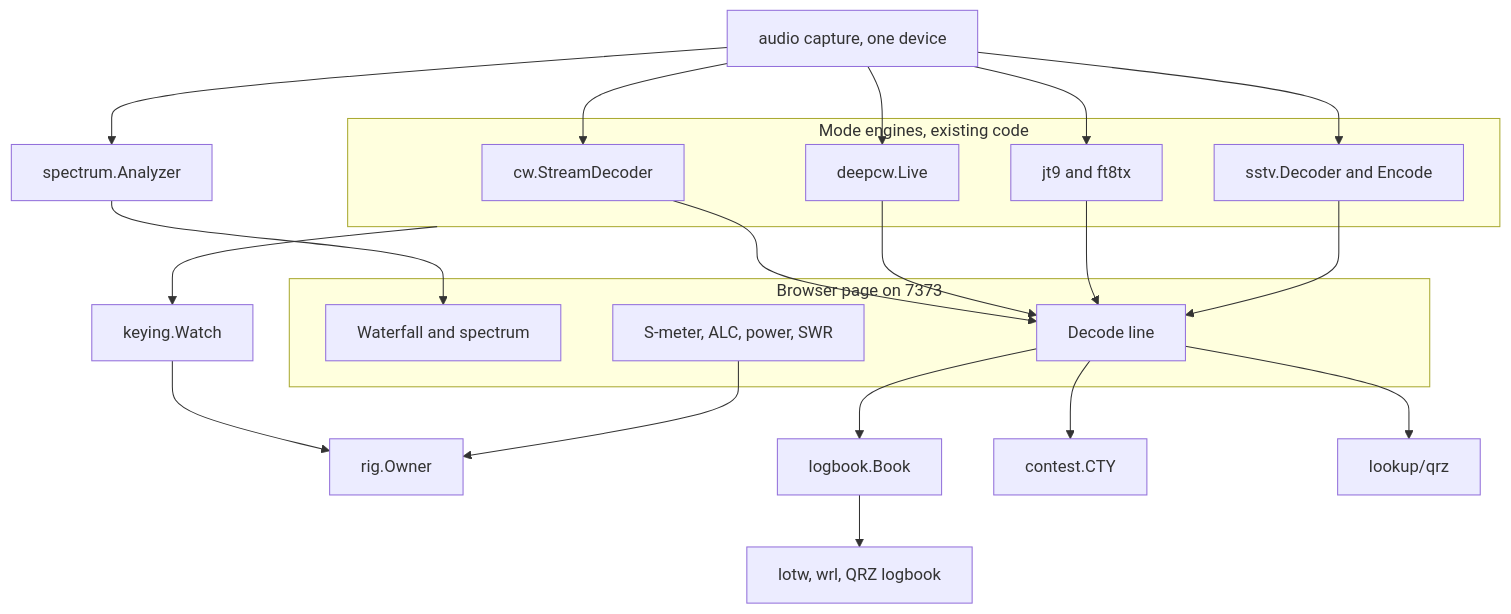
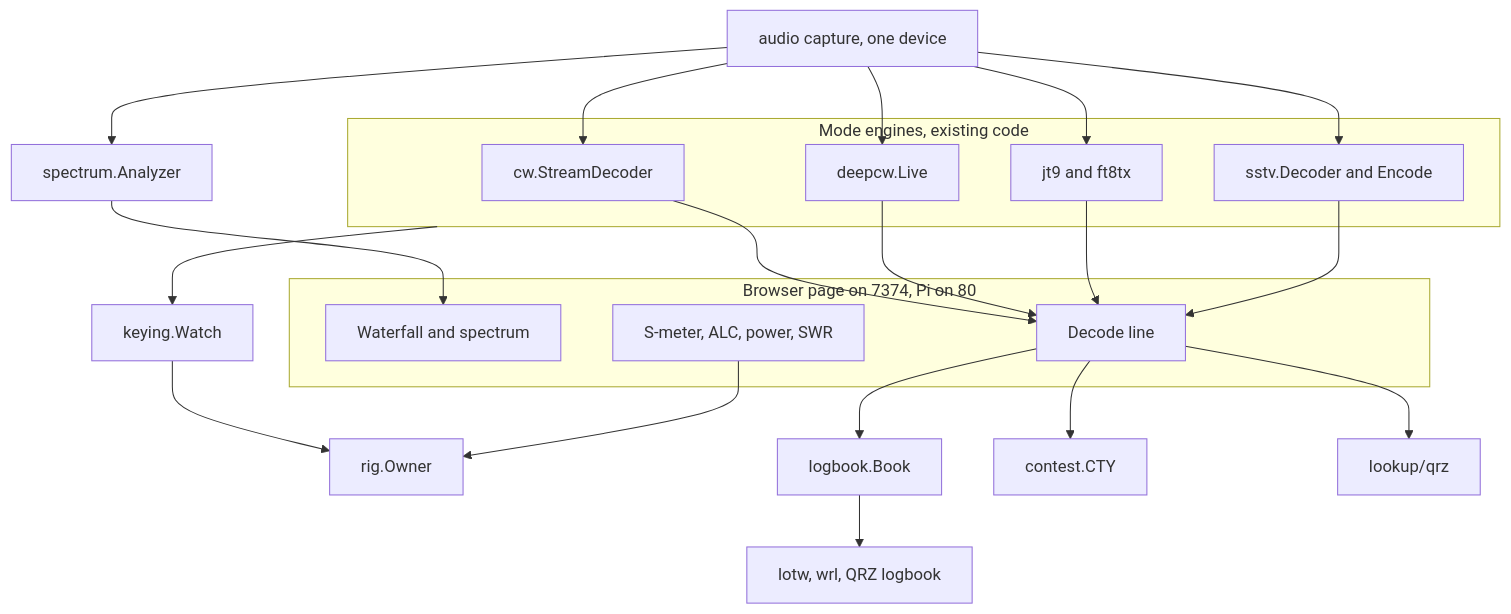
The second of 4 diagrams in docs/unified/PLAN.md (Jnubbz/cw-console), drawn with Mermaid before and after one commit. The commit also changed other lines of this file and 19 other files, not shown here.

````diff
--- a/docs/unified/PLAN.md
+++ b/docs/unified/PLAN.md
@@ -169,40 +169,40 @@
 ```mermaid
 flowchart TB
-  subgraph page [Browser page on 7373]
+  subgraph page [Browser page on 7374, Pi on 80]
     wf[Waterfall and spectrum]
     line[Decode line]
     meters["S-meter, ALC, power, SWR"]
   end
   subgraph engines [Mode engines, existing code]
     classic[cw.StreamDecoder]
     deep[deepcw.Live]
     ft8eng[jt9 and ft8tx]
     sstveng[sstv.Decoder and Encode]
   end
   cap[audio capture, one device]
   spec[spectrum.Analyzer]
   own[rig.Owner]
   watch[keying.Watch]
   book[logbook.Book]
   cty[contest.CTY]
   qrz[lookup/qrz]
   sync[lotw, wrl, QRZ logbook]
 
   cap --> classic
   cap --> deep
   cap --> ft8eng
   cap --> sstveng
   cap --> spec
   spec --> wf
   classic --> line
   deep --> line
   ft8eng --> line
   sstveng --> line
   line --> book
   line --> cty
   line --> qrz
   engines --> watch
   watch --> own
   meters --> own
   book --> sync
 ```
````
